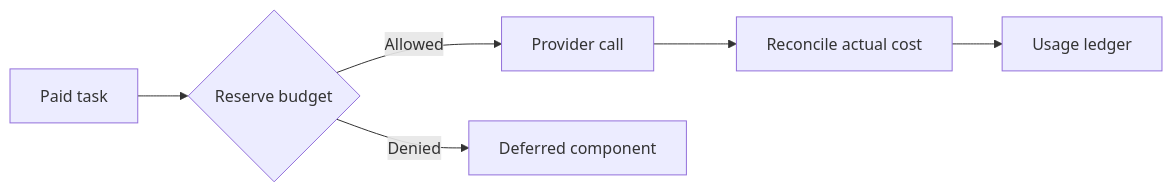
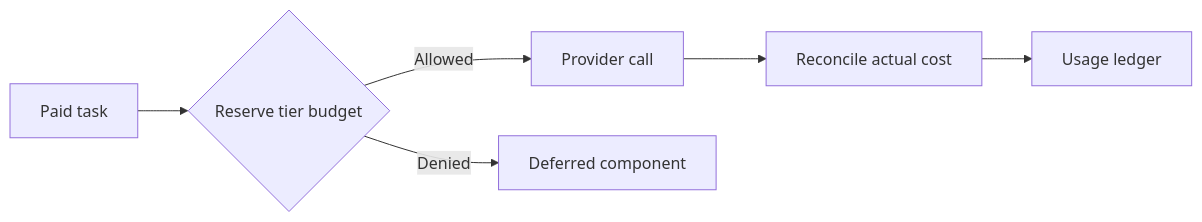
Before and after one commit to robsgreen/property-focus: diagram 27 of 29 in specs/property-focus/master-plan.md, drawn with Mermaid. The commit also changed other lines of this file, not shown here.

````diff
--- a/specs/property-focus/master-plan.md
+++ b/specs/property-focus/master-plan.md
@@ -379,8 +575,8 @@
 ```mermaid
 flowchart LR
-    Task[Paid task] --> Reserve{Reserve budget}
+    Task[Paid task] --> Reserve{Reserve tier budget}
     Reserve -->|Allowed| Call[Provider call]
     Reserve -->|Denied| Defer[Deferred component]
     Call --> Reconcile[Reconcile actual cost]
     Reconcile --> Ledger[Usage ledger]
 ```
````
